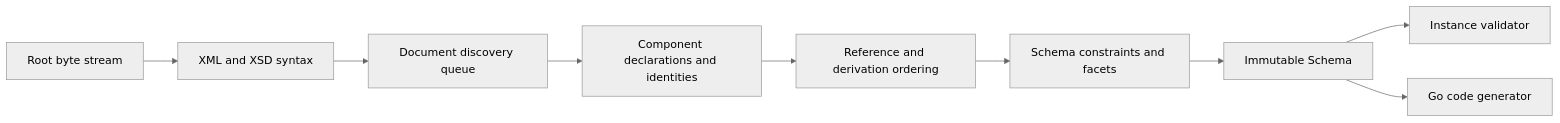
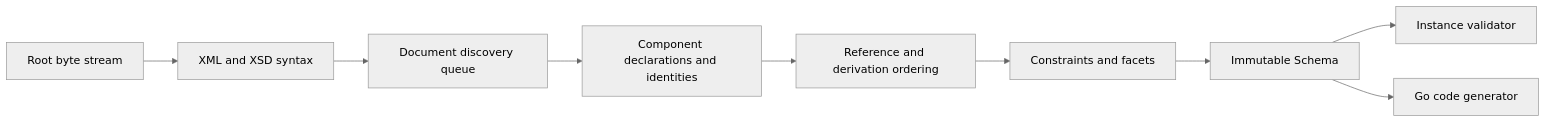
Before and after one commit to goxdra/goxsd9: the diagram in ARCHITECTURE.md, drawn with Mermaid (neutral theme). The commit also changed other lines of this file and 5 other files, not shown here.

First line of the commit message:
feat(schema): model bounded attributes on named direct all (#868)

````diff
--- a/ARCHITECTURE.md
+++ b/ARCHITECTURE.md
@@ -5,11 +5,11 @@
 ```mermaid
 flowchart LR
   A["Root byte stream"] --> B["XML and XSD syntax"]
   B --> C["Document discovery queue"]
   C --> D["Component declarations and identities"]
   D --> E["Reference and derivation ordering"]
-  E --> F["Schema constraints and facets"]
+  E --> F["Constraints and facets"]
   F --> G["Immutable Schema"]
   G --> H["Instance validator"]
   G --> I["Go code generator"]
 ```
````
